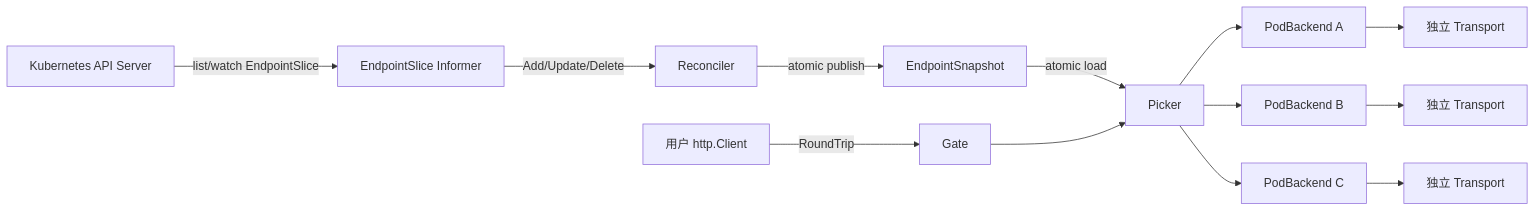
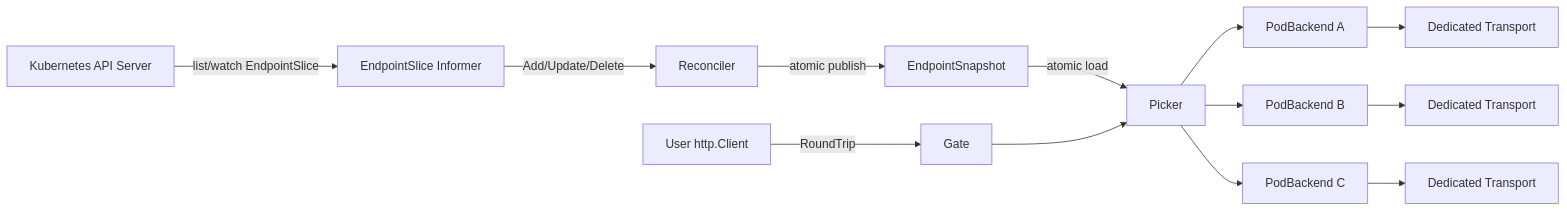
One commit to zzxn/gokubegate changed the diagram in docs/spec/technical-design.md. Above: the diagram before and after it, drawn with Mermaid. The commit also changed other lines of this file and 6 other files, not shown here.

````diff
--- a/docs/spec/technical-design.md
+++ b/docs/spec/technical-design.md
@@ -148,16 +150,16 @@
 ```mermaid
 flowchart LR
     K[Kubernetes API Server] -->|list/watch EndpointSlice| I[EndpointSlice Informer]
     I -->|Add/Update/Delete| R[Reconciler]
     R -->|atomic publish| S[EndpointSnapshot]
     S -->|atomic load| P[Picker]
     P --> B1[PodBackend A]
     P --> B2[PodBackend B]
     P --> B3[PodBackend C]
-    B1 --> T1[独立 Transport]
-    B2 --> T2[独立 Transport]
-    B3 --> T3[独立 Transport]
+    B1 --> T1[Dedicated Transport]
+    B2 --> T2[Dedicated Transport]
+    B3 --> T3[Dedicated Transport]
 
-    U[用户 http.Client] -->|RoundTrip| G[Gate]
+    U[User http.Client] -->|RoundTrip| G[Gate]
     G --> P
 ```
````
